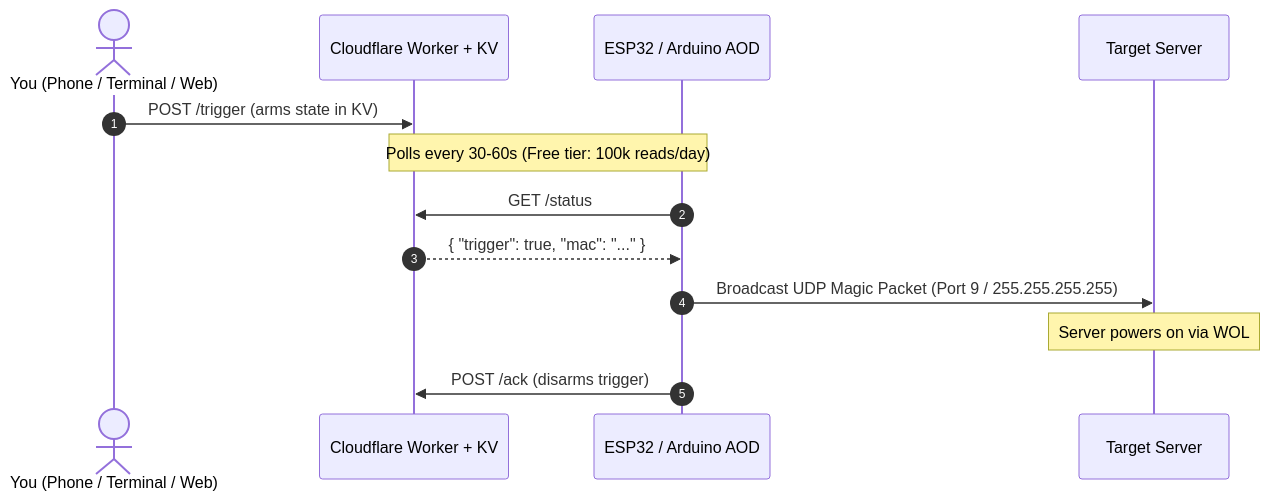
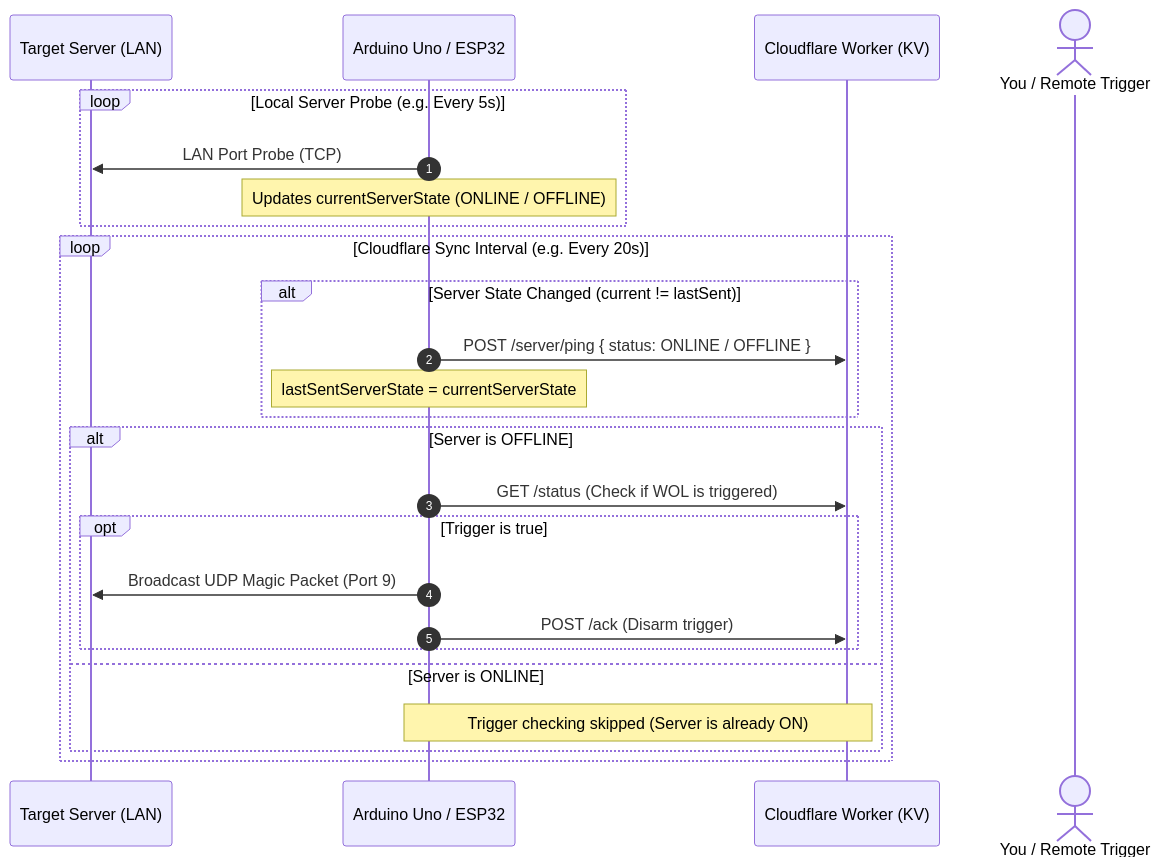
One commit to janlofredy/cf-wake-on-lan changed the diagram in README.md. Above: the diagram before and after it, drawn with Mermaid. The commit also changed other lines of this file and 3 other files, not shown here.

Commit message:
refactor: implement dual-interval polling with state caching and conditional trigger checking

````diff
--- a/README.md
+++ b/README.md
@@ -13,16 +13,30 @@
 ```mermaid
 sequenceDiagram
     autonumber
-    actor User as You (Phone / Terminal / Web)
-    participant CF as Cloudflare Worker + KV
-    participant MCU as ESP32 / Arduino AOD
-    participant Target as Target Server
+    participant Server as Target Server (LAN)
+    participant MCU as Arduino Uno / ESP32
+    participant CF as Cloudflare Worker (KV)
+    actor User as You / Remote Trigger
 
-    User->>CF: POST /trigger (arms state in KV)
-    Note over MCU,CF: Polls every 30-60s (Free tier: 100k reads/day)
-    MCU->>CF: GET /status
-    CF-->>MCU: { "trigger": true, "mac": "..." }
-    MCU->>Target: Broadcast UDP Magic Packet (Port 9 / 255.255.255.255)
-    Note over Target: Server powers on via WOL
-    MCU->>CF: POST /ack (disarms trigger)
+    loop Local Server Probe (e.g. Every 5s)
+        MCU->>Server: LAN Port Probe (TCP)
+        Note over MCU: Updates currentServerState (ONLINE / OFFLINE)
+    end
+
+    loop Cloudflare Sync Interval (e.g. Every 20s)
+        alt Server State Changed (current != lastSent)
+            MCU->>CF: POST /server/ping { status: ONLINE / OFFLINE }
+            Note over MCU: lastSentServerState = currentServerState
+        end
+
+        alt Server is OFFLINE
+            MCU->>CF: GET /status (Check if WOL is triggered)
+            opt Trigger is true
+                MCU->>Server: Broadcast UDP Magic Packet (Port 9)
+                MCU->>CF: POST /ack (Disarm trigger)
+            end
+        else Server is ONLINE
+            Note over MCU,CF: Trigger checking skipped (Server is already ON)
+        end
+    end
 ```
````
